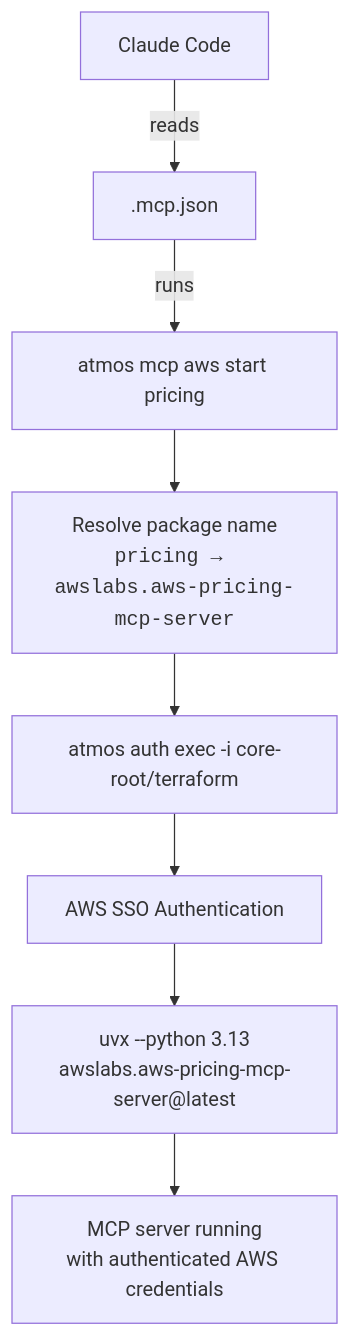
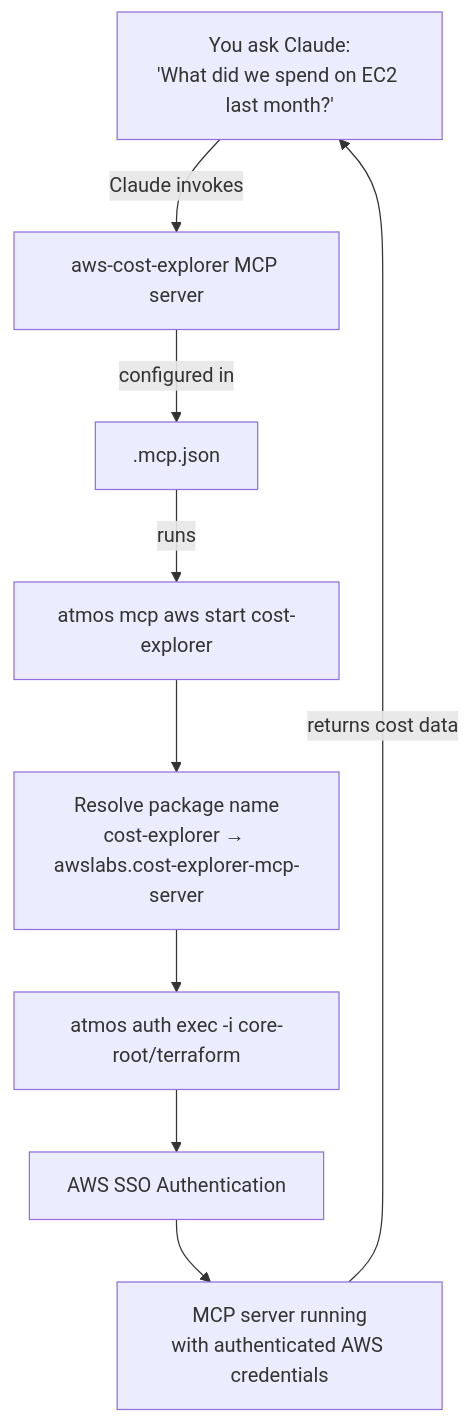
One commit to cloudposse/atmos changed the diagram in gists/mcp-with-aws/README.md. Above: the diagram before and after it, drawn with Mermaid. The commit also changed other lines of this file and 1 other file, not shown here.

First line of the commit message:
docs: reframe MCP gist around FinOps use case

````diff
--- a/gists/mcp-with-aws/README.md
+++ b/gists/mcp-with-aws/README.md
@@ -29,10 +31,11 @@
 ```mermaid
 flowchart TD
-    A["Claude Code"] -->|reads| B[".mcp.json"]
-    B -->|runs| C["atmos mcp aws start pricing"]
-    C --> D["Resolve package name<br/><code>pricing → awslabs.aws-pricing-mcp-server</code>"]
-    D --> E["atmos auth exec -i core-root/terraform"]
-    E --> F["AWS SSO Authentication"]
-    F --> G["uvx --python 3.13<br/>awslabs.aws-pricing-mcp-server@latest"]
+    A["You ask Claude:<br/>'What did we spend on EC2 last month?'"] -->|Claude invokes| B["aws-cost-explorer MCP server"]
+    B -->|configured in| C[".mcp.json"]
+    C -->|runs| D["atmos mcp aws start cost-explorer"]
+    D --> E["Resolve package name<br/>cost-explorer → awslabs.cost-explorer-mcp-server"]
+    E --> F["atmos auth exec -i core-root/terraform"]
+    F --> G["AWS SSO Authentication"]
     G --> H["MCP server running<br/>with authenticated AWS credentials"]
+    H -->|returns cost data| A
 ```
````
